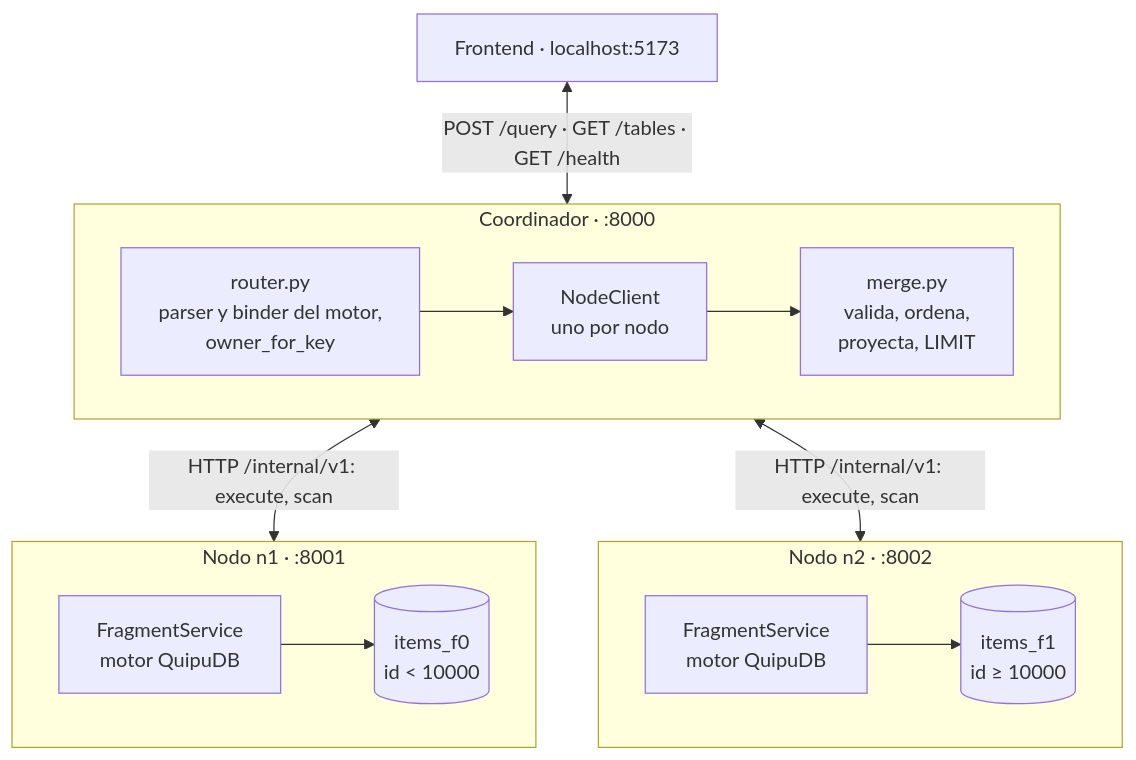
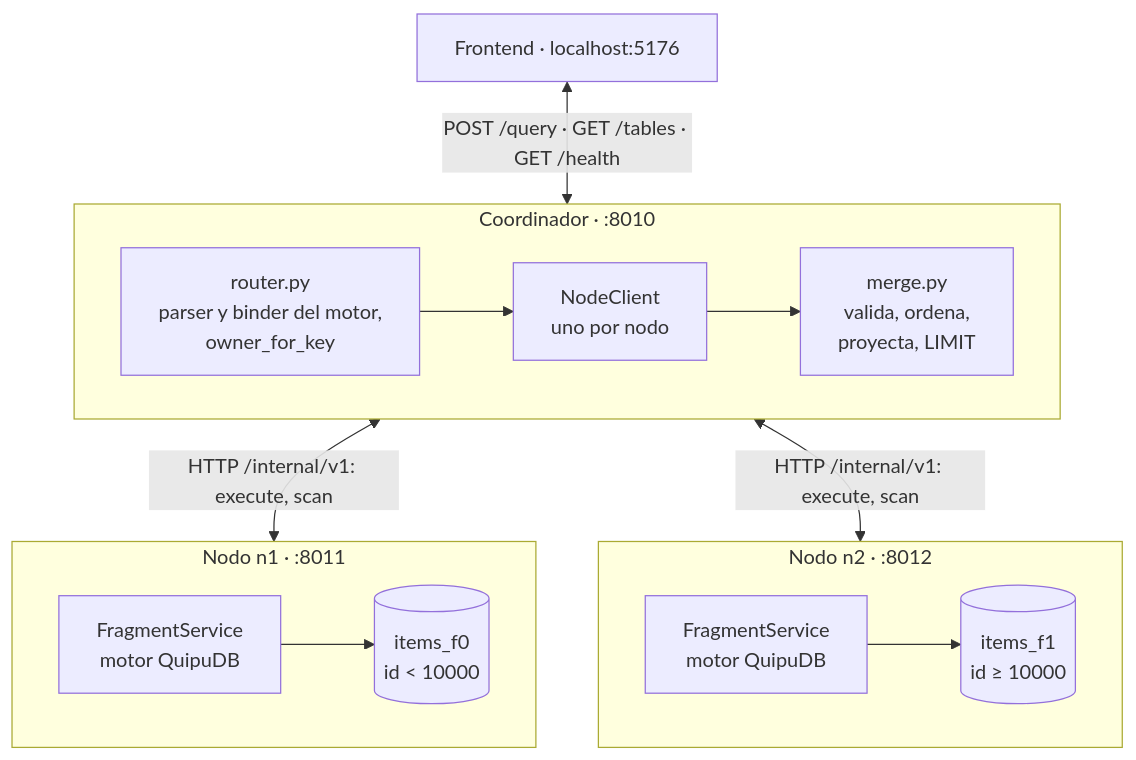
Before and after one commit to oswaldoaqm/quipudb: the first of 2 diagrams in docs/integracion-distribuida.md, drawn with Mermaid. The commit also changed other lines of this file and 9 other files, not shown here.

````diff
--- a/docs/integracion-distribuida.md
+++ b/docs/integracion-distribuida.md
@@ -9,21 +9,21 @@
 ```mermaid
 flowchart TB
-    F["Frontend · localhost:5173"]
+    F["Frontend · localhost:5176"]
 
-    subgraph C["Coordinador · :8000"]
+    subgraph C["Coordinador · :8010"]
         direction LR
         R["router.py<br/>parser y binder del motor,<br/>owner_for_key"] --> K["NodeClient<br/>uno por nodo"] --> M["merge.py<br/>valida, ordena,<br/>proyecta, LIMIT"]
     end
 
-    subgraph N1["Nodo n1 · :8001"]
+    subgraph N1["Nodo n1 · :8011"]
         S1["FragmentService<br/>motor QuipuDB"] --> D1[("items_f0<br/>id &lt; 10000")]
     end
 
-    subgraph N2["Nodo n2 · :8002"]
+    subgraph N2["Nodo n2 · :8012"]
         S2["FragmentService<br/>motor QuipuDB"] --> D2[("items_f1<br/>id ≥ 10000")]
     end
 
     F <-->|"POST /query · GET /tables · GET /health"| C
     C <-->|"HTTP /internal/v1: execute, scan"| N1
     C <-->|"HTTP /internal/v1: execute, scan"| N2
 ```
````
